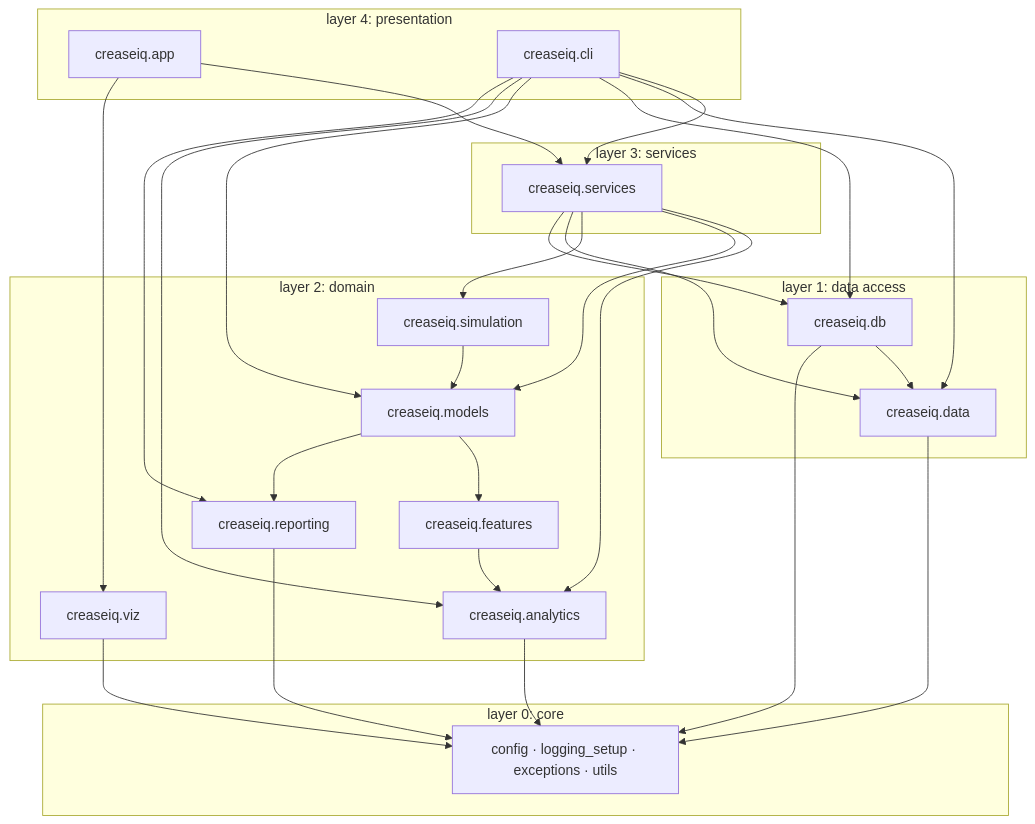
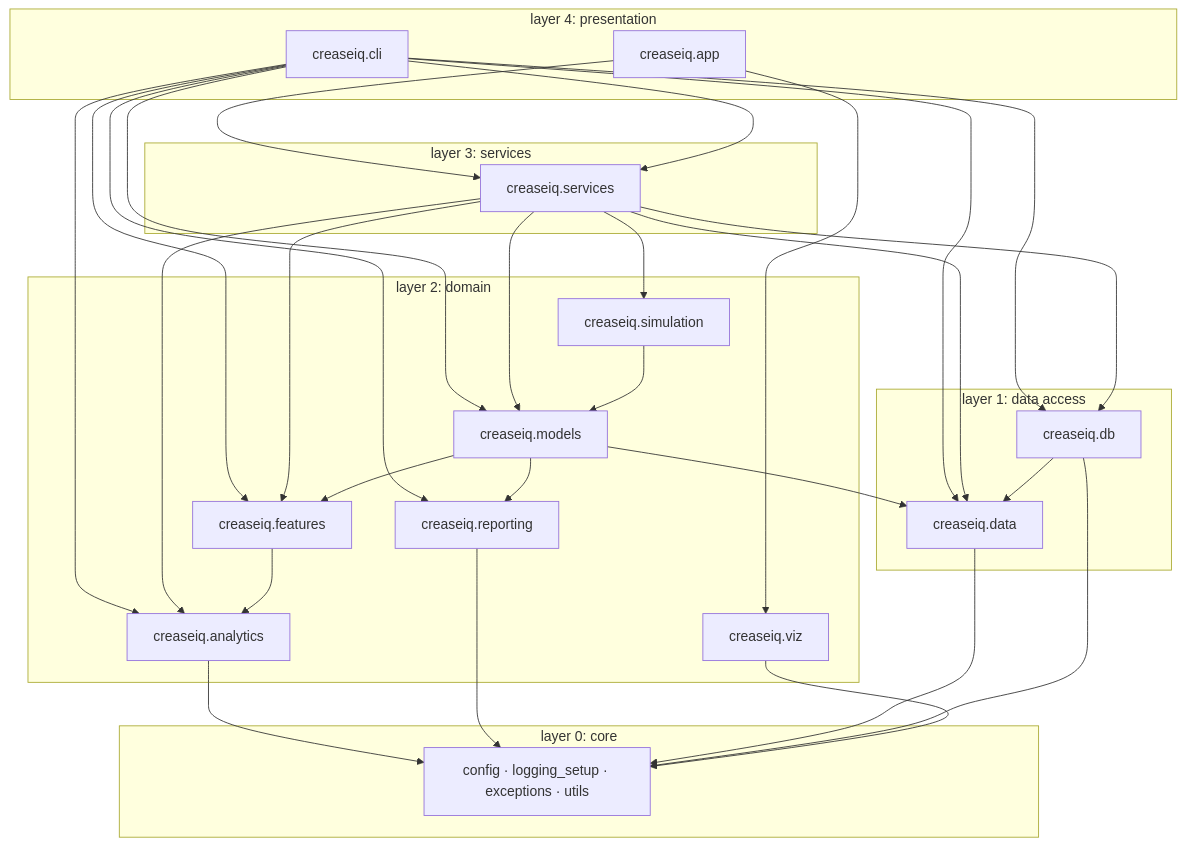
The diagram in docs/diagrams/D8_components.mmd (jyotshna-maker/CreaseIQ), drawn with Mermaid before and after one commit. The commit also changed 11 other files, not shown here.

```diff
--- a/docs/diagrams/D8_components.mmd
+++ b/docs/diagrams/D8_components.mmd
@@ -1,47 +1,50 @@
 %% D8 Component / package diagram. Arrows = allowed imports (import-linter contract + AST test)
 flowchart TB
   subgraph L4["layer 4: presentation"]
     app["creaseiq.app"]
     cli["creaseiq.cli"]
   end
   subgraph L3["layer 3: services"]
     services["creaseiq.services"]
   end
   subgraph L2["layer 2: domain"]
     analytics["creaseiq.analytics"]
     features["creaseiq.features"]
     models["creaseiq.models"]
     simulation["creaseiq.simulation"]
     reporting["creaseiq.reporting"]
     viz["creaseiq.viz"]
   end
   subgraph L1["layer 1: data access"]
     data["creaseiq.data"]
     db["creaseiq.db"]
   end
   subgraph L0["layer 0: core"]
     core["config · logging_setup · exceptions · utils"]
   end
   app --> services
   app --> viz
   cli --> services
   cli --> data
   cli --> db
   cli --> models
   cli --> analytics
   cli --> reporting
+  cli --> features
+  services --> features
+  models --> data
   services --> analytics
   services --> models
   services --> simulation
   services --> data
   services --> db
   models --> features
   models --> reporting
   features --> analytics
   analytics --> core
   reporting --> core
   simulation --> models
   data --> core
   db --> data
   db --> core
   viz --> core
```
